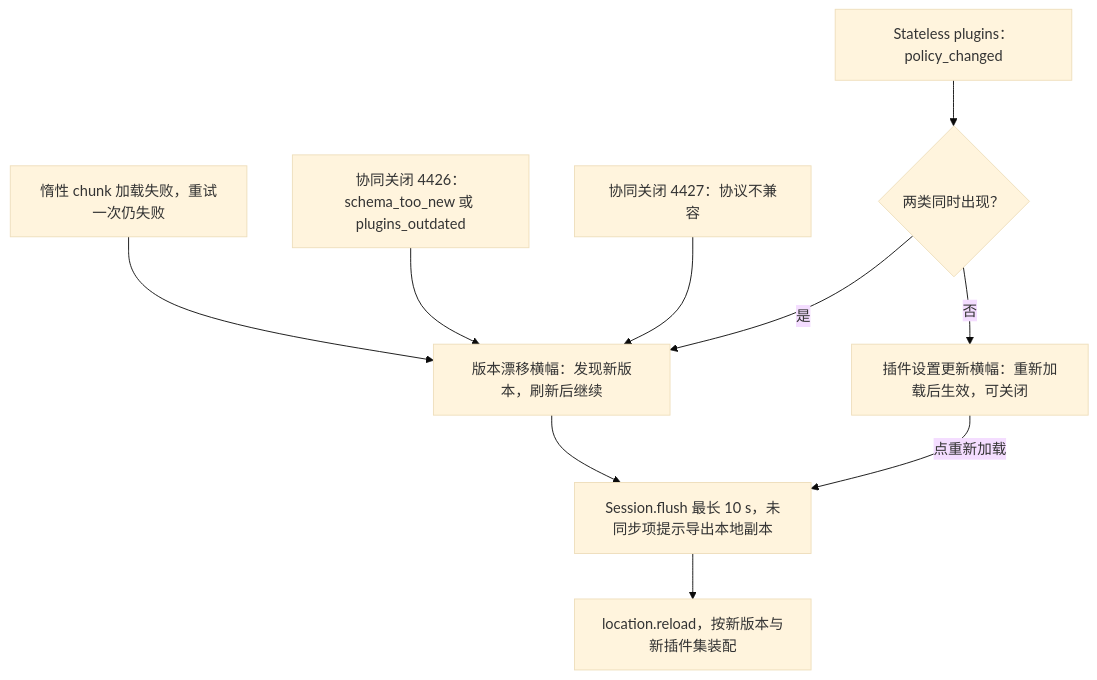
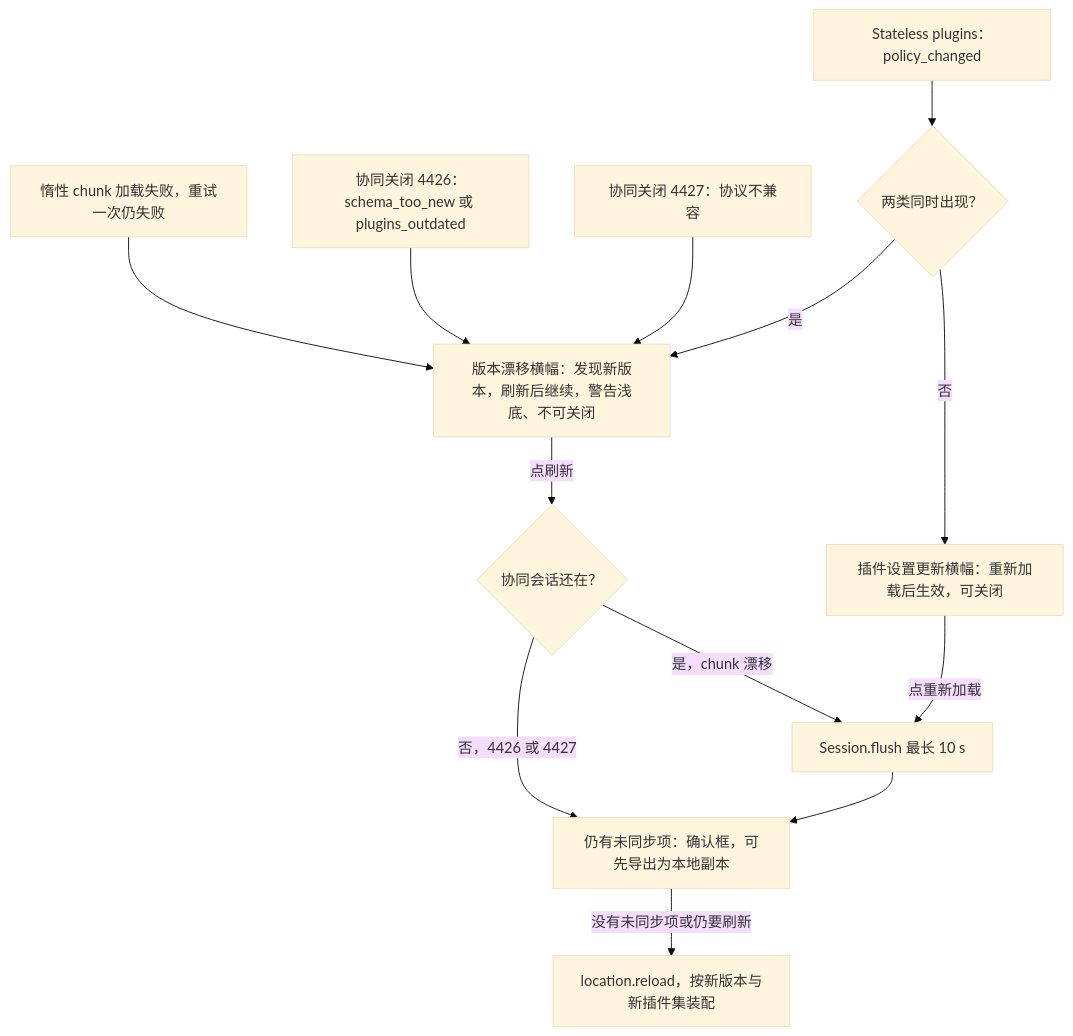
One commit to Xeonice/cordis-ppt-editor changed the ninth of 9 diagrams in docs/50-frontend/02-app-shell-routing-and-session.md. Above: the diagram before and after it, drawn with Mermaid (base theme). The commit also changed other lines of this file and 25 other files, not shown here.

````diff
--- a/docs/50-frontend/02-app-shell-routing-and-session.md
+++ b/docs/50-frontend/02-app-shell-routing-and-session.md
@@ -532,21 +581,26 @@
 ```mermaid
 flowchart TB
   chunk["惰性 chunk 加载失败，重试一次仍失败"]
   close4426["协同关闭 4426：schema_too_new 或 plugins_outdated"]
   close4427["协同关闭 4427：协议不兼容"]
   ctl["Stateless plugins：policy_changed"]
-  drift["版本漂移横幅：发现新版本，刷新后继续"]
+  drift["版本漂移横幅：发现新版本，刷新后继续，警告浅底、不可关闭"]
   pluginBanner["插件设置更新横幅：重新加载后生效，可关闭"]
   both{"两类同时出现？"}
-  flush["Session.flush 最长 10 s，未同步项提示导出本地副本"]
+  alive{"协同会话还在？"}
+  flush["Session.flush 最长 10 s"]
+  ask["仍有未同步项：确认框，可先导出为本地副本"]
   reload["location.reload，按新版本与新插件集装配"]
   chunk --> drift
   close4426 --> drift
   close4427 --> drift
   ctl --> both
   both -->|"是"| drift
   both -->|"否"| pluginBanner
-  drift --> flush
+  drift -->|"点刷新"| alive
+  alive -->|"是，chunk 漂移"| flush
+  alive -->|"否，4426 或 4427"| ask
   pluginBanner -->|"点重新加载"| flush
-  flush --> reload
+  flush --> ask
+  ask -->|"没有未同步项或仍要刷新"| reload
 ```
````
